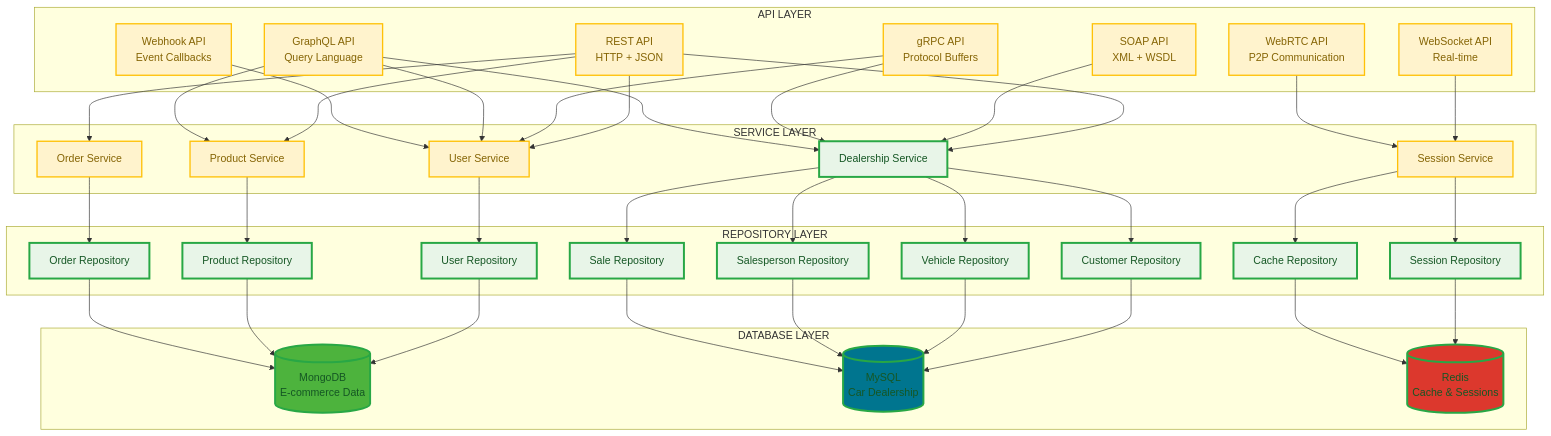
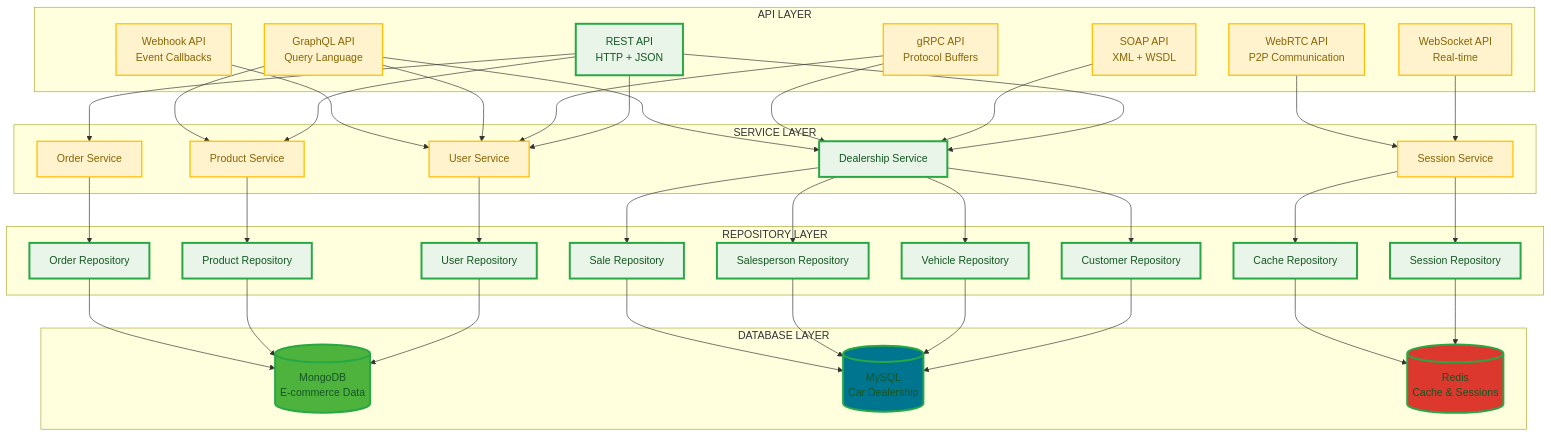
One commit to mckriel/api-server changed the diagram in README.md. Above: the diagram before and after it, drawn with Mermaid. The commit also changed other lines of this file and 3 other files, not shown here.

````diff
--- a/README.md
+++ b/README.md
@@ -103,11 +103,12 @@
     class CustomerRepo,VehicleRepo,SalespersonRepo,SaleRepo,MySQL completed
     class SessionRepo,CacheRepo,Redis completed
     
-    %% Apply completed styling to DealershipSvc
+    %% Apply completed styling to DealershipSvc and REST API
     class DealershipSvc completed
+    class REST completed
     
     %% Apply pending styling to not-yet-implemented components
     class UserSvc,ProductSvc,OrderSvc,SessionSvc pending
-    class REST,SOAP,GRPC,GraphQL,WS,WebRTC,Webhook pending
+    class SOAP,GRPC,GraphQL,WS,WebRTC,Webhook pending
 
 ```
````
